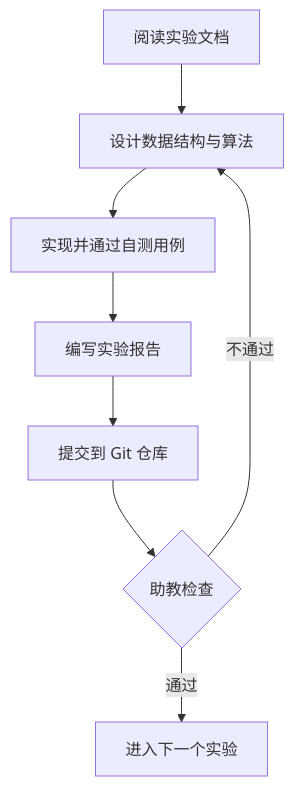
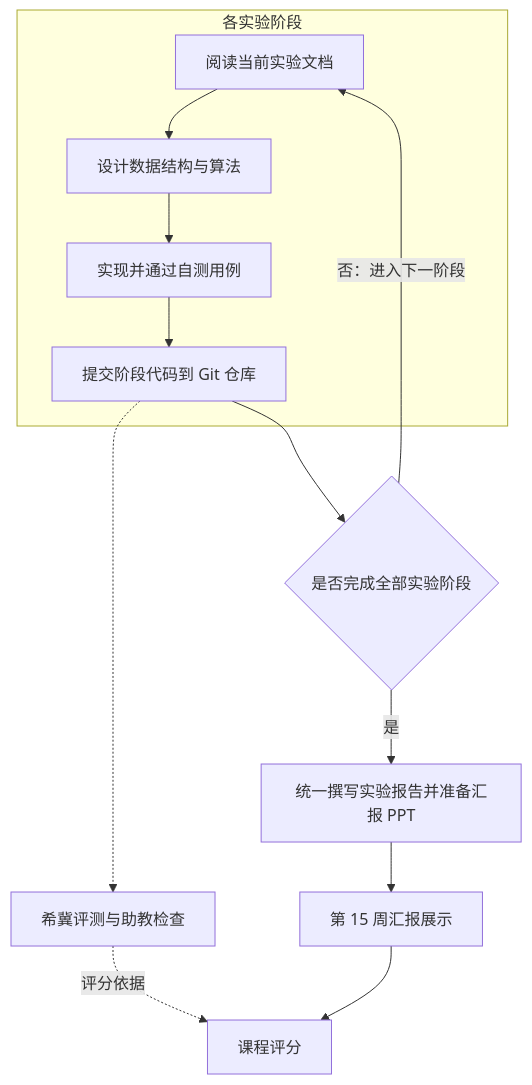
One commit to lightsmilew/compiler-principles changed the diagram in docs/guide/workflow.md. Above: the diagram before and after it, drawn with Mermaid. The commit also changed other lines of this file and 32 other files, not shown here.

Commit message:
docs: unify assessment flow and submission guidance

````diff
--- a/docs/guide/workflow.md
+++ b/docs/guide/workflow.md
@@ -12,10 +12,15 @@
 ```mermaid
 flowchart TD
-  A[阅读实验文档] --> B[设计数据结构与算法]
-  B --> C[实现并通过自测用例]
-  C --> D[编写实验报告]
-  D --> E[提交到 Git 仓库]
-  E --> F{助教检查}
-  F -- 通过 --> G[进入下一个实验]
-  F -- 不通过 --> B
+  subgraph STAGE[各实验阶段]
+    A[阅读当前实验文档] --> B[设计数据结构与算法]
+    B --> C[实现并通过自测用例]
+    C --> D[提交阶段代码到 Git 仓库]
+  end
+  D --> E{是否完成全部实验阶段}
+  E -- 否：进入下一阶段 --> A
+  E -- 是 --> F[统一撰写实验报告并准备汇报 PPT]
+  F --> G[第 15 周汇报展示]
+  D -.-> H[希冀评测与助教检查]
+  H -. 评分依据 .-> I[课程评分]
+  G --> I
 ```
````
